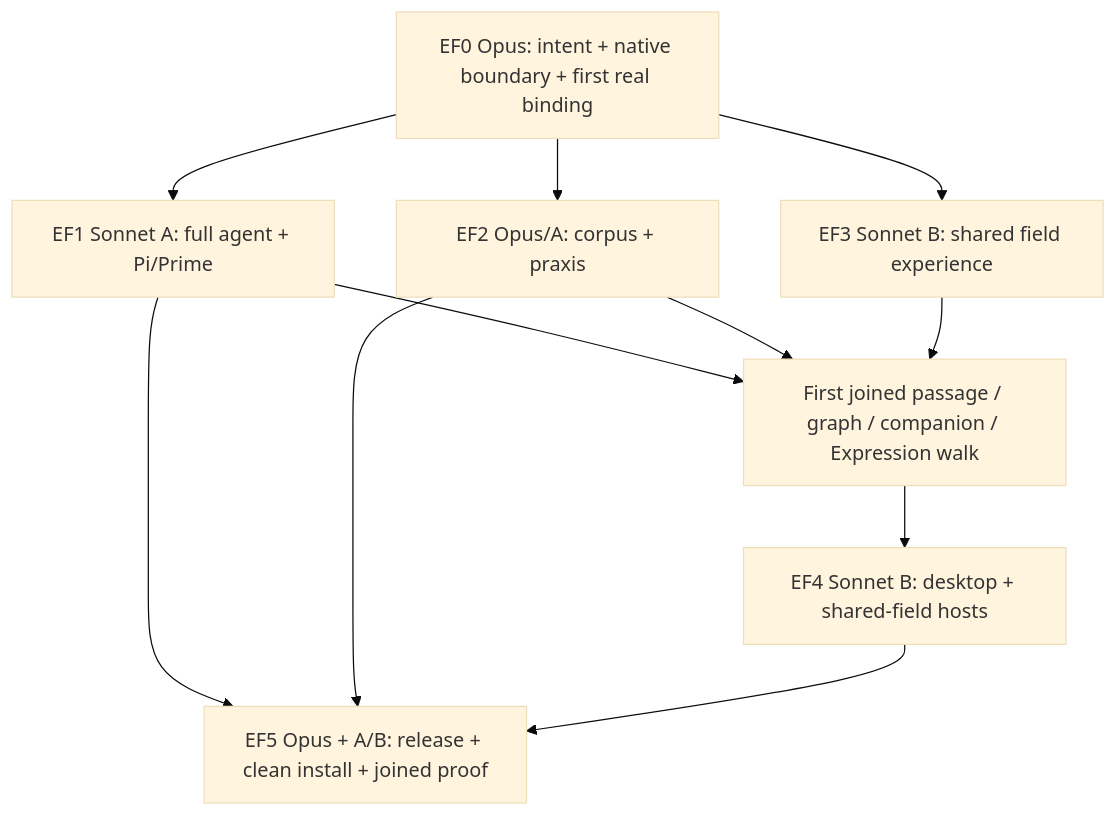
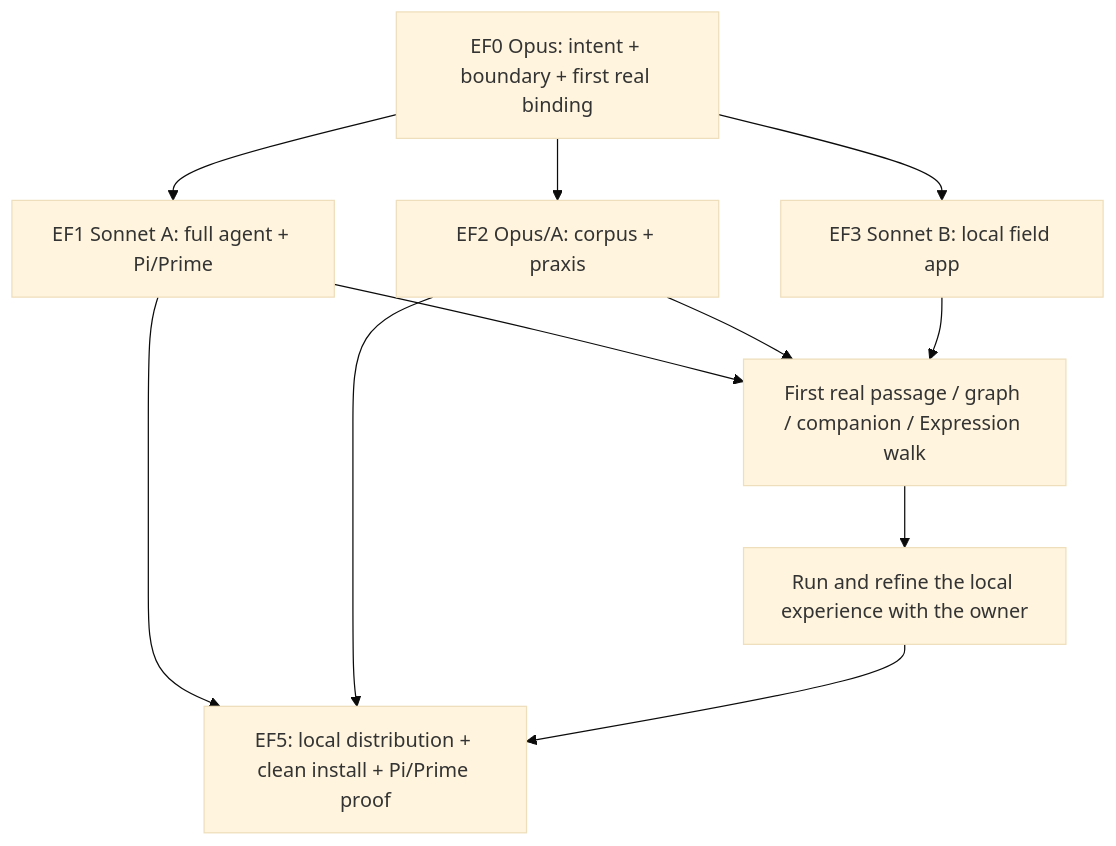
Before and after one commit to EpiLogos/O-I: the diagram in .wayfinder/maps/epi-logos-field.md, drawn with Mermaid (base theme). The commit also changed other lines of this file, not shown here.

Commit message:
docs(wayfinder): refine local essay app on main machine before later porting (#592)

````diff
--- a/.wayfinder/maps/epi-logos-field.md
+++ b/.wayfinder/maps/epi-logos-field.md
@@ -198,20 +195,20 @@
 ```mermaid
 flowchart TD
-  EF0[EF0 Opus: intent + native boundary + first real binding]
+  EF0[EF0 Opus: intent + boundary + first real binding]
   EF1[EF1 Sonnet A: full agent + Pi/Prime]
   EF2[EF2 Opus/A: corpus + praxis]
-  EF3[EF3 Sonnet B: shared field experience]
-  JOIN[First joined passage / graph / companion / Expression walk]
-  EF4[EF4 Sonnet B: desktop + shared-field hosts]
-  EF5[EF5 Opus + A/B: release + clean install + joined proof]
+  EF3[EF3 Sonnet B: local field app]
+  JOIN[First real passage / graph / companion / Expression walk]
+  REFINE[Run and refine the local experience with the owner]
+  EF5[EF5: local distribution + clean install + Pi/Prime proof]
   EF0 --> EF1
   EF0 --> EF2
   EF0 --> EF3
   EF1 --> JOIN
   EF2 --> JOIN
   EF3 --> JOIN
-  JOIN --> EF4
+  JOIN --> REFINE
   EF1 --> EF5
   EF2 --> EF5
-  EF4 --> EF5
+  REFINE --> EF5
 ```
````
